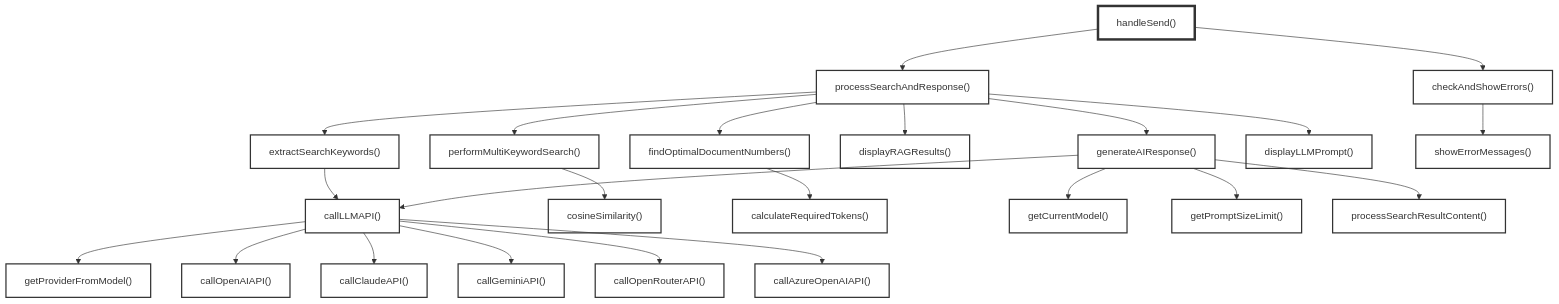
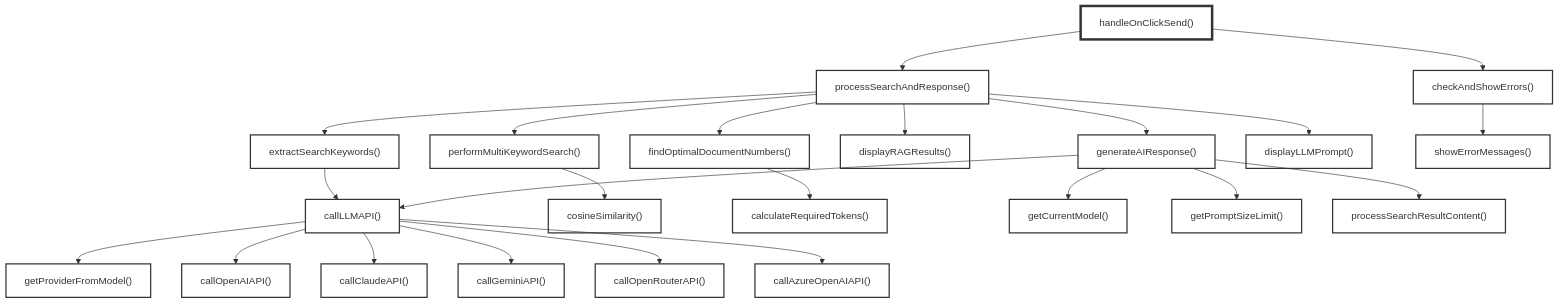
The third of 3 diagrams in lib/js/README.md (koteitan/googolbook-lm), drawn with Mermaid before and after one commit. The commit also changed other lines of this file and 1 other file, not shown here.

````diff
--- a/lib/js/README.md
+++ b/lib/js/README.md
@@ -181,41 +181,41 @@
 ```mermaid
 graph TD
-    handleSend["handleSend()"]
+    handleOnClickSend["handleOnClickSend()"]
     
-    handleSend --> processSearchAndResponse["processSearchAndResponse()"]
-    handleSend --> checkAndShowErrors["checkAndShowErrors()"]
+    handleOnClickSend --> processSearchAndResponse["processSearchAndResponse()"]
+    handleOnClickSend --> checkAndShowErrors["checkAndShowErrors()"]
     
     processSearchAndResponse --> extractSearchKeywords["extractSearchKeywords()"]
     processSearchAndResponse --> performMultiKeywordSearch["performMultiKeywordSearch()"]
     processSearchAndResponse --> findOptimalDocumentNumbers["findOptimalDocumentNumbers()"]
     processSearchAndResponse --> displayRAGResults["displayRAGResults()"]
     processSearchAndResponse --> generateAIResponse["generateAIResponse()"]
     processSearchAndResponse --> displayLLMPrompt["displayLLMPrompt()"]
     
     extractSearchKeywords --> callLLMAPI["callLLMAPI()"]
     performMultiKeywordSearch --> cosineSimilarity["cosineSimilarity()"]
     findOptimalDocumentNumbers --> calculateRequiredTokens["calculateRequiredTokens()"]
     generateAIResponse --> getCurrentModel["getCurrentModel()"]
     generateAIResponse --> getPromptSizeLimit["getPromptSizeLimit()"]
     generateAIResponse --> processSearchResultContent["processSearchResultContent()"]
     generateAIResponse --> callLLMAPI
     
     callLLMAPI --> getProviderFromModel["getProviderFromModel()"]
     callLLMAPI --> callOpenAIAPI["callOpenAIAPI()"]
     callLLMAPI --> callClaudeAPI["callClaudeAPI()"]
     callLLMAPI --> callGeminiAPI["callGeminiAPI()"]
     callLLMAPI --> callOpenRouterAPI["callOpenRouterAPI()"]
     callLLMAPI --> callAzureOpenAIAPI["callAzureOpenAIAPI()"]
     
     checkAndShowErrors --> showErrorMessages["showErrorMessages()"]
     
     classDef entry fill:none,stroke:#333,stroke-width:4px
     classDef api fill:none,stroke:#333,stroke-width:2px
     classDef ui fill:none,stroke:#333,stroke-width:2px
     classDef search fill:none,stroke:#333,stroke-width:2px
     
-    class handleSend entry
+    class handleOnClickSend entry
     class callLLMAPI,callOpenAIAPI,callClaudeAPI,callGeminiAPI,callOpenRouterAPI,callAzureOpenAIAPI api
     class showErrorMessages,displayRAGResults,displayLLMPrompt ui
     class processSearchAndResponse,extractSearchKeywords,performMultiKeywordSearch,findOptimalDocumentNumbers,generateAIResponse,cosineSimilarity,calculateRequiredTokens,getCurrentModel,getPromptSizeLimit,processSearchResultContent,getProviderFromModel,checkAndShowErrors search
 ```
````
